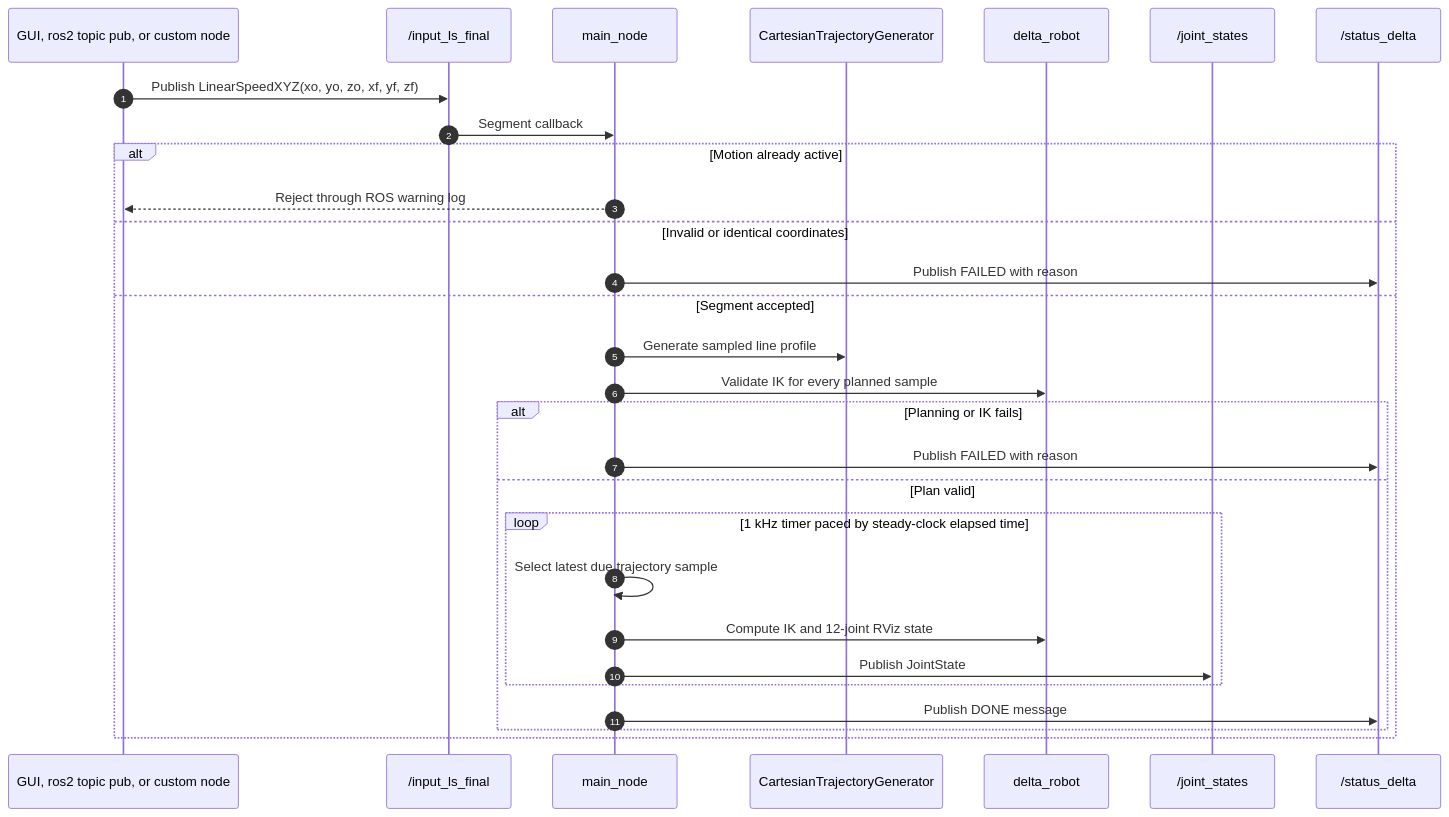
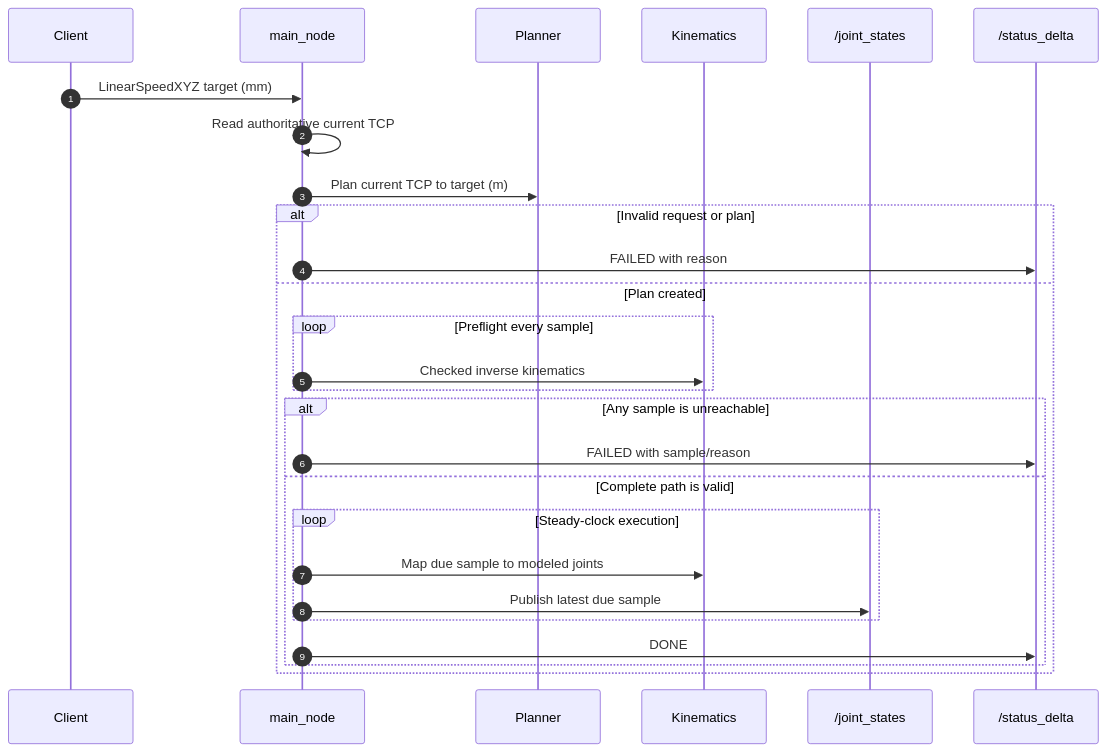
Before and after one commit to thanhduong8457/ROS: the second of 4 diagrams in docs/software_architecture.md, drawn with Mermaid. The commit also changed other lines of this file and 52 other files, not shown here.

First line of the commit message:
Refactor ROS 2 delta robot project

````diff
--- a/docs/software_architecture.md
+++ b/docs/software_architecture.md
@@ -161,32 +105,30 @@
 ```mermaid
 sequenceDiagram
     autonumber
-    participant CLI as GUI, ros2 topic pub, or custom node
-    participant Segment as /input_ls_final
+    participant Client
     participant Main as main_node
-    participant Planner as CartesianTrajectoryGenerator
-    participant Robot as delta_robot
-    participant JS as /joint_states
+    participant Planner
+    participant IK as Kinematics
+    participant State as /joint_states
     participant Status as /status_delta
 
-    CLI->>Segment: Publish LinearSpeedXYZ(xo, yo, zo, xf, yf, zf)
-    Segment->>Main: Segment callback
-    alt Motion already active
-        Main-->>CLI: Reject through ROS warning log
-    else Invalid or identical coordinates
-        Main->>Status: Publish FAILED with reason
-    else Segment accepted
-        Main->>Planner: Generate sampled line profile
-        Main->>Robot: Validate IK for every planned sample
-        alt Planning or IK fails
-            Main->>Status: Publish FAILED with reason
-        else Plan valid
-            loop 1 kHz timer paced by steady-clock elapsed time
-                Main->>Main: Select latest due trajectory sample
-                Main->>Robot: Compute IK and 12-joint RViz state
-                Main->>JS: Publish JointState
+    Client->>Main: LinearSpeedXYZ target (mm)
+    Main->>Main: Read authoritative current TCP
+    Main->>Planner: Plan current TCP to target (m)
+    alt Invalid request or plan
+        Main->>Status: FAILED with reason
+    else Plan created
+        loop Preflight every sample
+            Main->>IK: Checked inverse kinematics
+        end
+        alt Any sample is unreachable
+            Main->>Status: FAILED with sample/reason
+        else Complete path is valid
+            loop Steady-clock execution
+                Main->>IK: Map due sample to modeled joints
+                Main->>State: Publish latest due sample
             end
-            Main->>Status: Publish DONE message
+            Main->>Status: DONE
         end
     end
 ```
````
